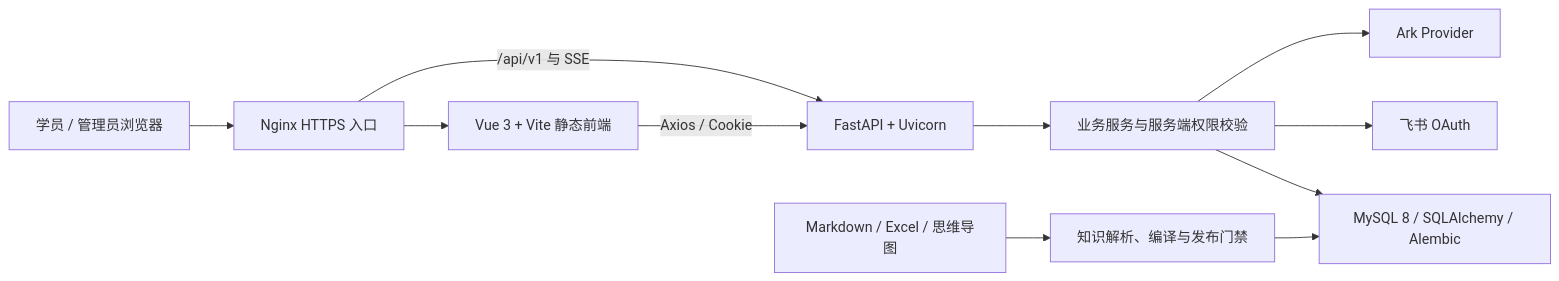
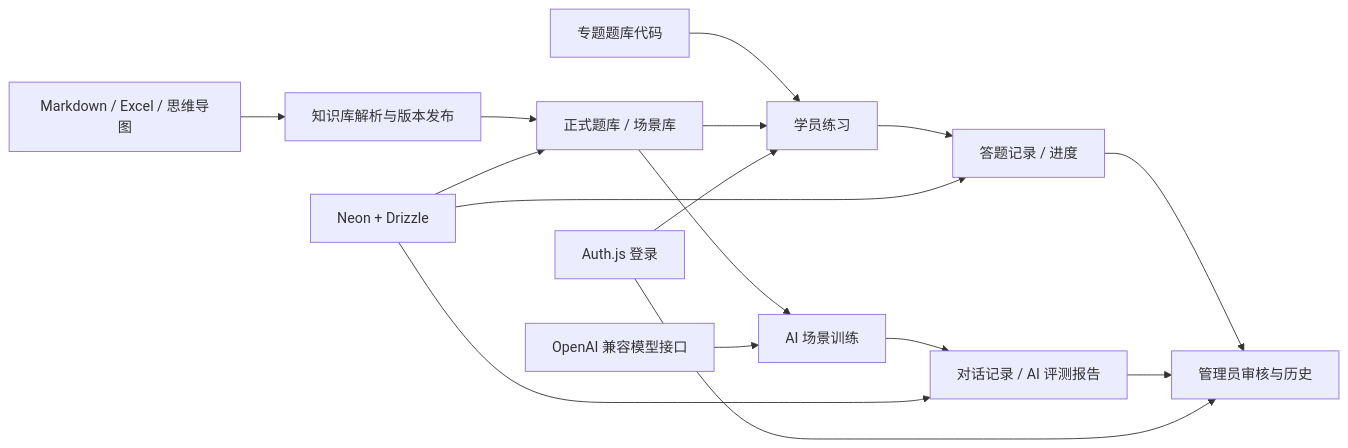
Before and after one commit to JzzzX/ai-customer-service-training: the first of 8 diagrams in README.md, drawn with Mermaid. The commit also changed other lines of this file and 328 other files, not shown here.

````diff
--- a/README.md
+++ b/README.md
@@ -34,13 +21,18 @@
 ```mermaid
 flowchart LR
-  User["学员 / 管理员浏览器"] --> Nginx["Nginx HTTPS 入口"]
-  Nginx --> Vue["Vue 3 + Vite 静态前端"]
-  Nginx -->|"/api/v1 与 SSE"| API["FastAPI + Uvicorn"]
-  Vue -->|"Axios / Cookie"| API
-  API --> Services["业务服务与服务端权限校验"]
-  Services --> MySQL["MySQL 8 / SQLAlchemy / Alembic"]
-  Services --> Feishu["飞书 OAuth"]
-  Services --> Ark["Ark Provider"]
-  Sources["Markdown / Excel / 思维导图"] --> Compiler["知识解析、编译与发布门禁"]
-  Compiler --> MySQL
+  A["Markdown / Excel / 思维导图"] --> B["知识库解析与版本发布"]
+  B --> C["正式题库 / 场景库"]
+  D["专题题库代码"] --> E["学员练习"]
+  C --> E
+  C --> F["AI 场景训练"]
+  E --> G["答题记录 / 进度"]
+  F --> H["对话记录 / AI 评测报告"]
+  G --> I["管理员审核与历史"]
+  H --> I
+  J["Auth.js 登录"] --> E
+  J --> I
+  K["Neon + Drizzle"] --> C
+  K --> G
+  K --> H
+  L["OpenAI 兼容模型接口"] --> F
 ```
````
